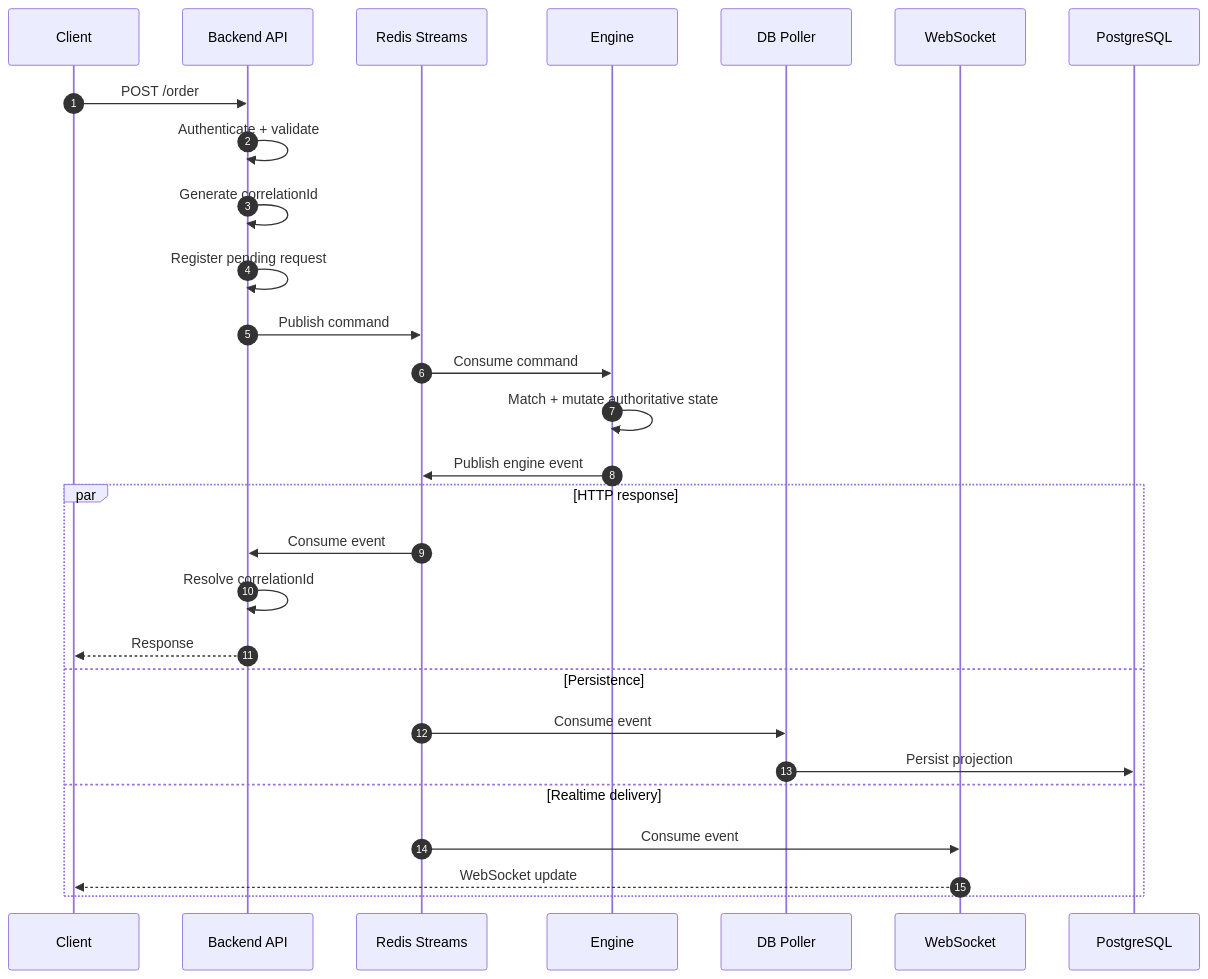
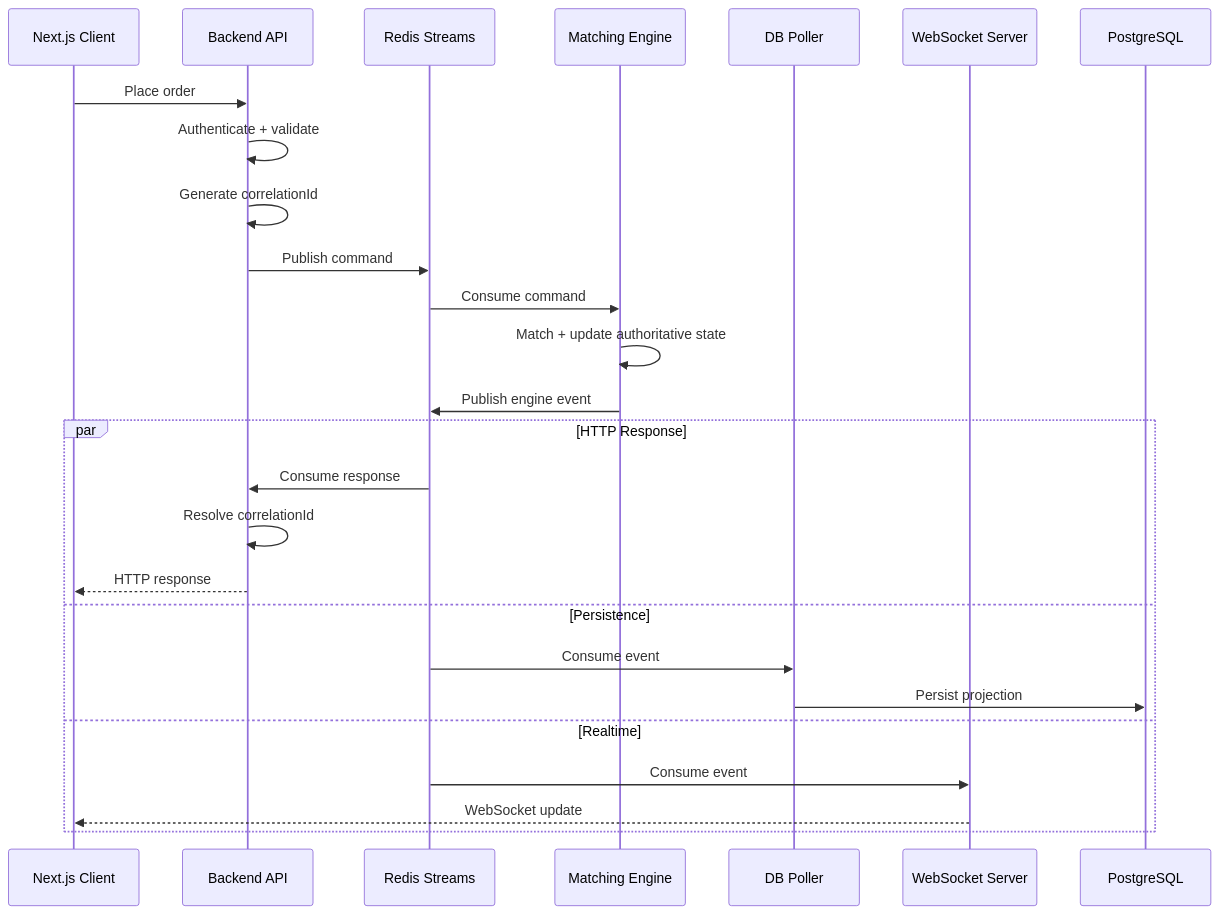
Before and after one commit to MANI-116/PERP: the first of 8 diagrams in README.md, drawn with Mermaid. The commit also changed other lines of this file, not shown here.

Commit message:
docs: add PerpX system architecture image

````diff
--- a/README.md
+++ b/README.md
@@ -95,32 +57,30 @@
 ```mermaid
 sequenceDiagram
-    autonumber
-    participant C as Client
-    participant A as Backend API
-    participant Q as Redis Streams
-    participant E as Engine
+    participant C as Next.js Client
+    participant B as Backend API
+    participant R as Redis Streams
+    participant E as Matching Engine
     participant P as DB Poller
-    participant W as WebSocket
+    participant W as WebSocket Server
     participant D as PostgreSQL
 
-    C->>A: POST /order
-    A->>A: Authenticate + validate
-    A->>A: Generate correlationId
-    A->>A: Register pending request
-    A->>Q: Publish command
-    Q->>E: Consume command
-    E->>E: Match + mutate authoritative state
-    E->>Q: Publish engine event
+    C->>B: Place order
+    B->>B: Authenticate + validate
+    B->>B: Generate correlationId
+    B->>R: Publish command
+    R->>E: Consume command
+    E->>E: Match + update authoritative state
+    E->>R: Publish engine event
 
-    par HTTP response
-        Q->>A: Consume event
-        A->>A: Resolve correlationId
-        A-->>C: Response
+    par HTTP Response
+        R->>B: Consume response
+        B->>B: Resolve correlationId
+        B-->>C: HTTP response
     and Persistence
-        Q->>P: Consume event
+        R->>P: Consume event
         P->>D: Persist projection
-    and Realtime delivery
-        Q->>W: Consume event
+    and Realtime
+        R->>W: Consume event
         W-->>C: WebSocket update
     end
 ```
````
